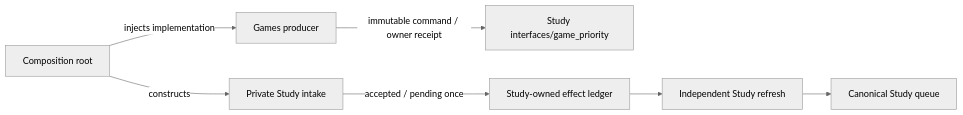
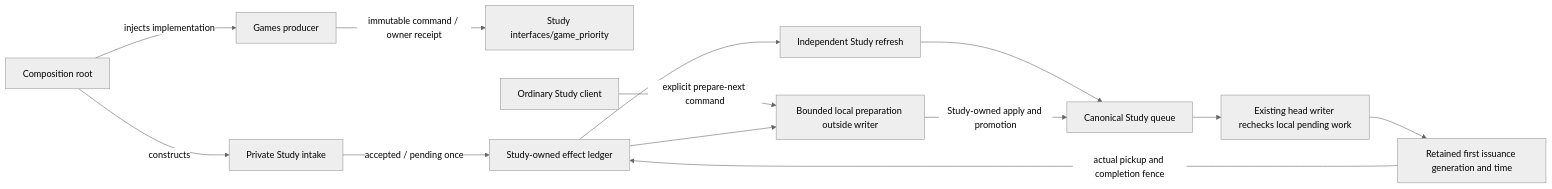
One commit to aaweaver-actuary/tempo changed the diagram in backend/app/study/interfaces/README.md. Above: the diagram before and after it, drawn with Mermaid (neutral theme). The commit also changed other lines of this file and 23 other files, not shown here.

Commit message:
Prepare bounded local Study work before new head authority

````diff
--- a/backend/app/study/interfaces/README.md
+++ b/backend/app/study/interfaces/README.md
@@ -36,9 +36,15 @@
 ```mermaid
 flowchart LR
   Games[Games producer] -->|immutable command / owner receipt| Public[Study interfaces/game_priority]
   Composition[Composition root] -->|injects implementation| Games
   Composition -->|constructs| Intake[Private Study intake]
   Intake -->|accepted / pending once| Evidence[Study-owned effect ledger]
   Evidence --> Refresh[Independent Study refresh]
   Refresh --> Queue[Canonical Study queue]
+  Browser[Ordinary Study client] -->|explicit prepare-next command| Next[Bounded local preparation outside writer]
+  Evidence --> Next
+  Next -->|Study-owned apply and promotion| Queue
+  Queue --> Head[Existing head writer rechecks local pending work]
+  Head --> Origins[Retained first issuance generation and time]
+  Origins -->|actual pickup and completion fence| Evidence
 ```
````
